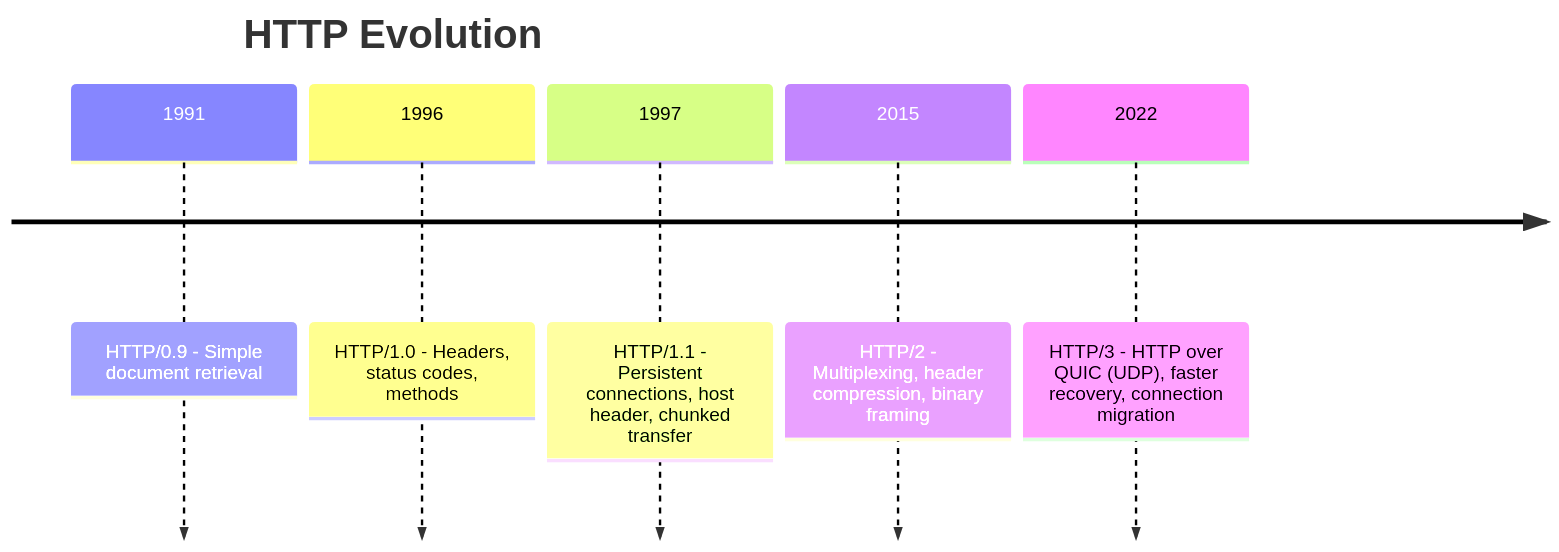
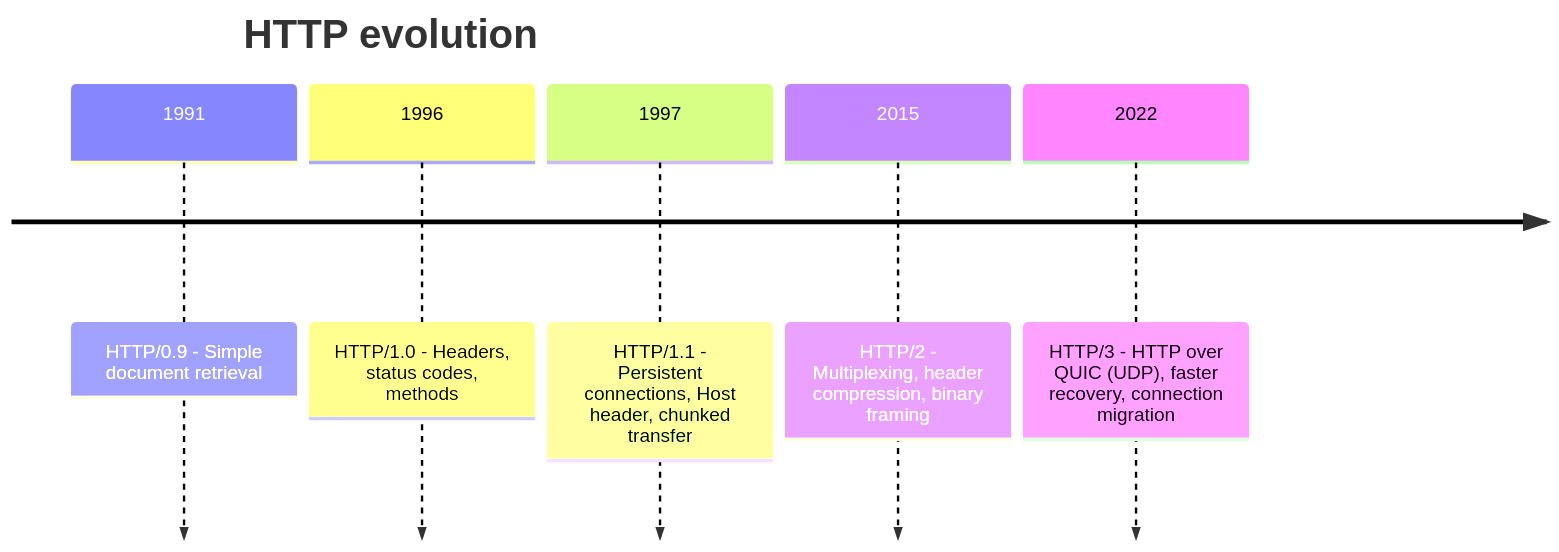
The diagram in fundamentals/04-http-versions.md (mohllal/system-design-interview-prep), drawn with Mermaid before and after one commit. The commit also changed other lines of this file and 35 other files, not shown here.

````diff
--- a/fundamentals/04-http-versions.md
+++ b/fundamentals/04-http-versions.md
@@ -28,9 +28,9 @@
 ```mermaid
 timeline
-    title HTTP Evolution
+    title HTTP evolution
     1991 : HTTP/0.9 - Simple document retrieval
     1996 : HTTP/1.0 - Headers, status codes, methods
-    1997 : HTTP/1.1 - Persistent connections, host header, chunked transfer
+    1997 : HTTP/1.1 - Persistent connections, Host header, chunked transfer
     2015 : HTTP/2 - Multiplexing, header compression, binary framing
     2022 : HTTP/3 - HTTP over QUIC (UDP), faster recovery, connection migration
 ```
````
